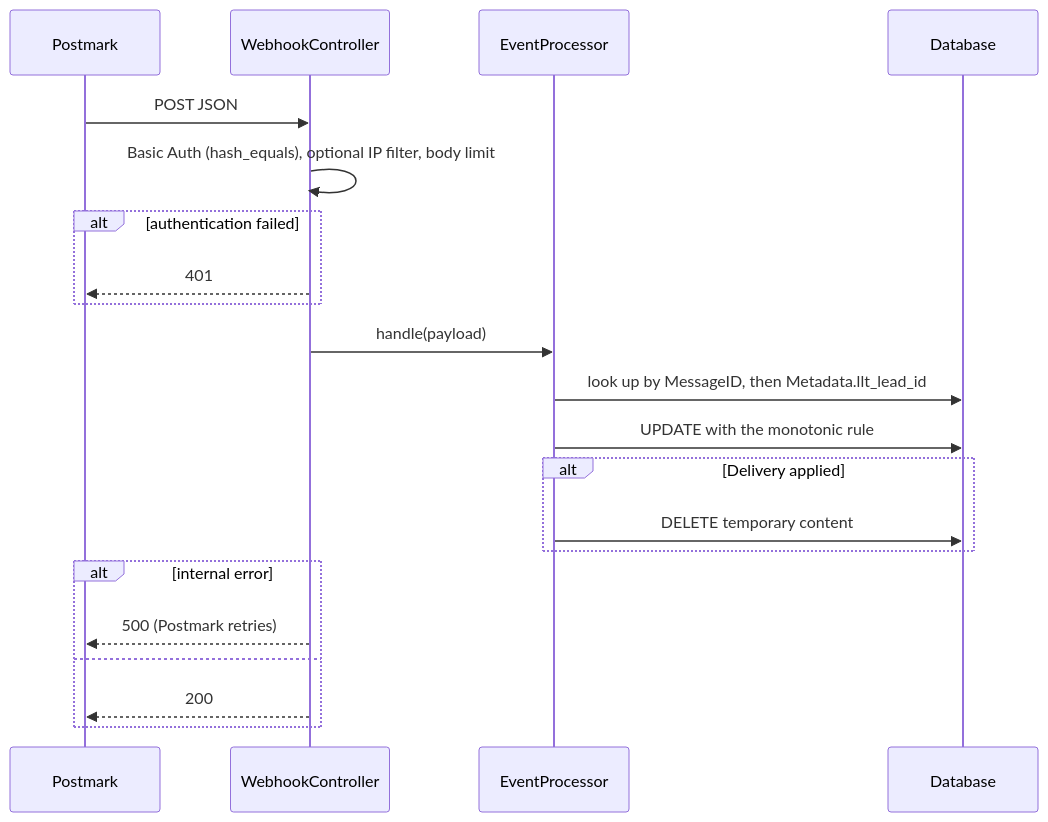
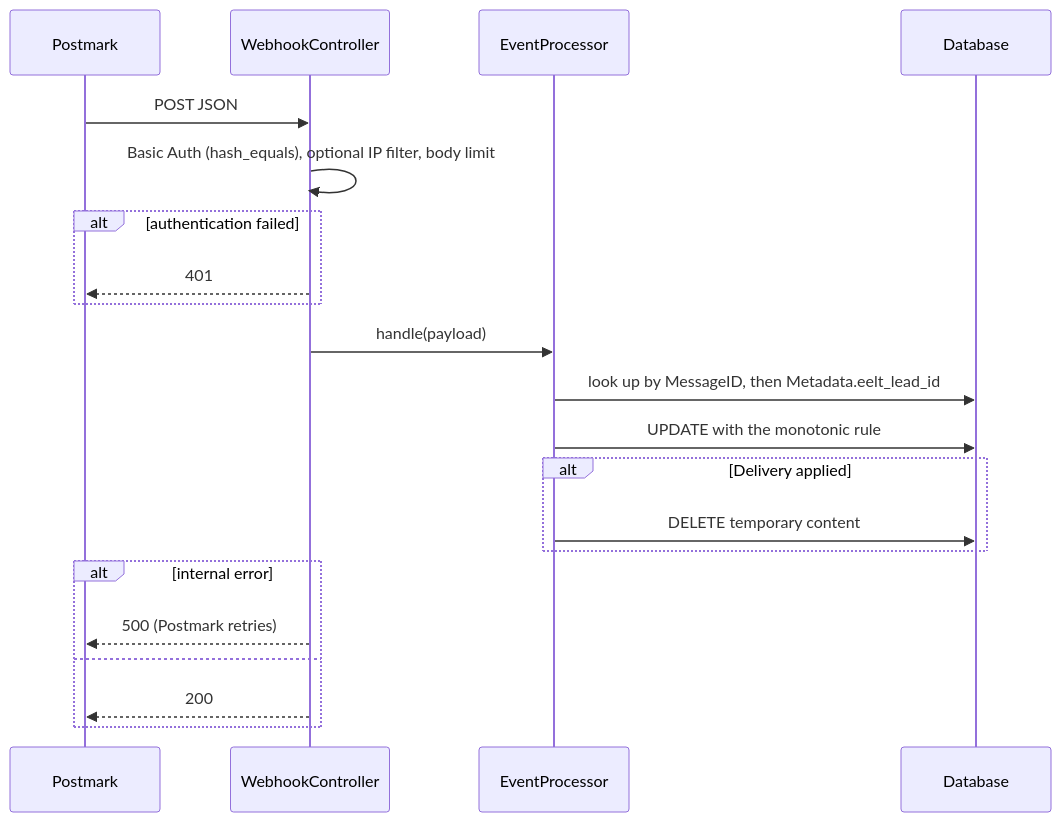
Before and after one commit to gzalinski/email-leads-tracker: the fifth of 6 diagrams in docs/ARCHITECTURE.md, drawn with Mermaid. The commit also changed other lines of this file and 67 other files, not shown here.

````diff
--- a/docs/ARCHITECTURE.md
+++ b/docs/ARCHITECTURE.md
@@ -652,24 +652,24 @@
 ```mermaid
 sequenceDiagram
     participant PM as Postmark
     participant WC as WebhookController
     participant EP as EventProcessor
     participant DB as Database
 
     PM->>WC: POST JSON
     WC->>WC: Basic Auth (hash_equals), optional IP filter, body limit
     alt authentication failed
         WC-->>PM: 401
     end
     WC->>EP: handle(payload)
-    EP->>DB: look up by MessageID, then Metadata.llt_lead_id
+    EP->>DB: look up by MessageID, then Metadata.eelt_lead_id
     EP->>DB: UPDATE with the monotonic rule
     alt Delivery applied
         EP->>DB: DELETE temporary content
     end
     alt internal error
         WC-->>PM: 500 (Postmark retries)
     else
         WC-->>PM: 200
     end
 ```
````
